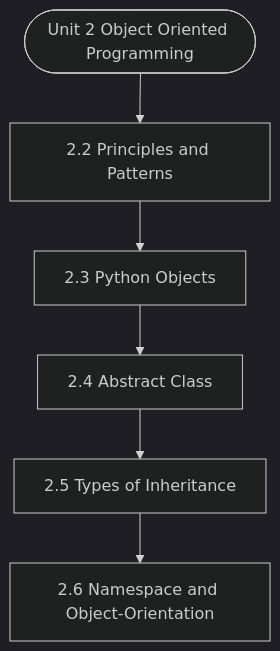
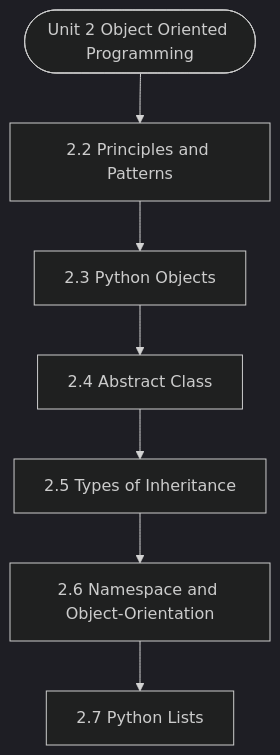
Before and after one commit to Asutosh-Coaching/mscdsa: the diagram in notes/Semester_1/MCS-063_Data_Structures_using_Python/unit_02_Object_Oriented_Programming.md, drawn with Mermaid (dark theme). The commit also changed other lines of this file and 116 other files, not shown here.

````diff
--- a/notes/Semester_1/MCS-063_Data_Structures_using_Python/unit_02_Object_Oriented_Programming.md
+++ b/notes/Semester_1/MCS-063_Data_Structures_using_Python/unit_02_Object_Oriented_Programming.md
@@ -19,14 +19,16 @@
 ```mermaid
 flowchart TD
   Start(["Unit 2 Object Oriented Programming"])
   N1["2.2 Principles and Patterns"]
   N2["2.3 Python Objects"]
   N3["2.4 Abstract Class"]
   N4["2.5 Types of Inheritance"]
   N5["2.6 Namespace and Object-Orientation"]
+  N6["2.7 Python Lists"]
   Start --> N1
   N1 --> N2
   N2 --> N3
   N3 --> N4
   N4 --> N5
+  N5 --> N6
 ```
````
